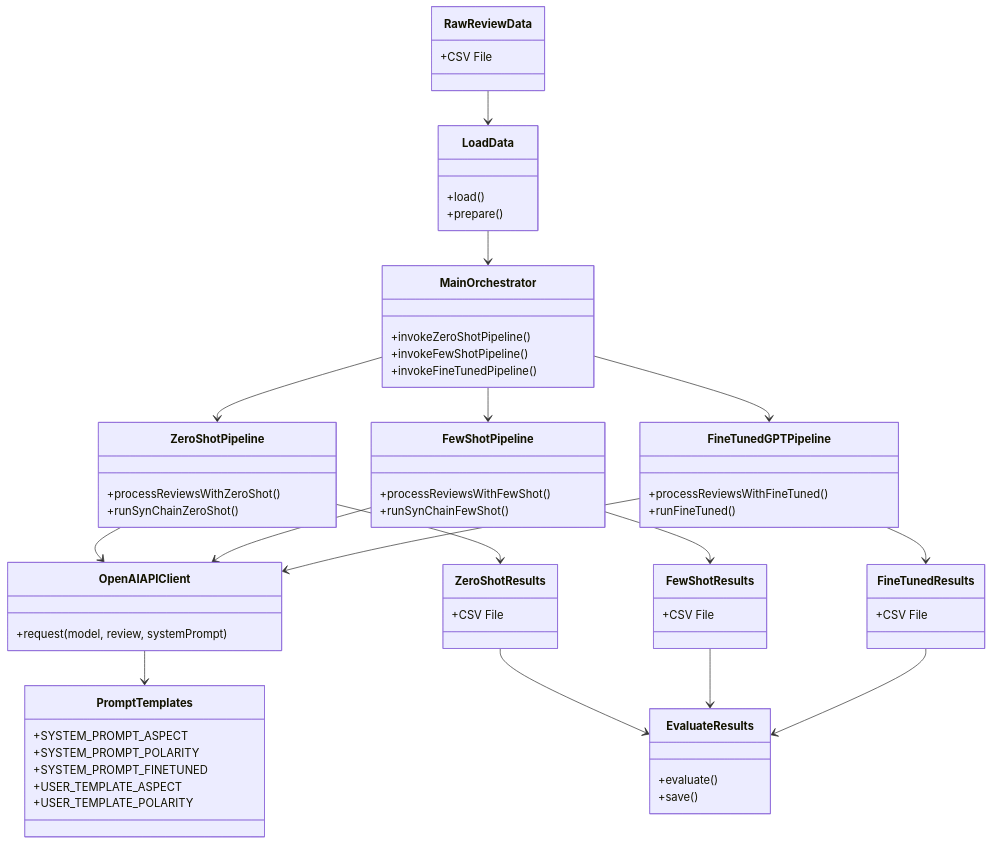
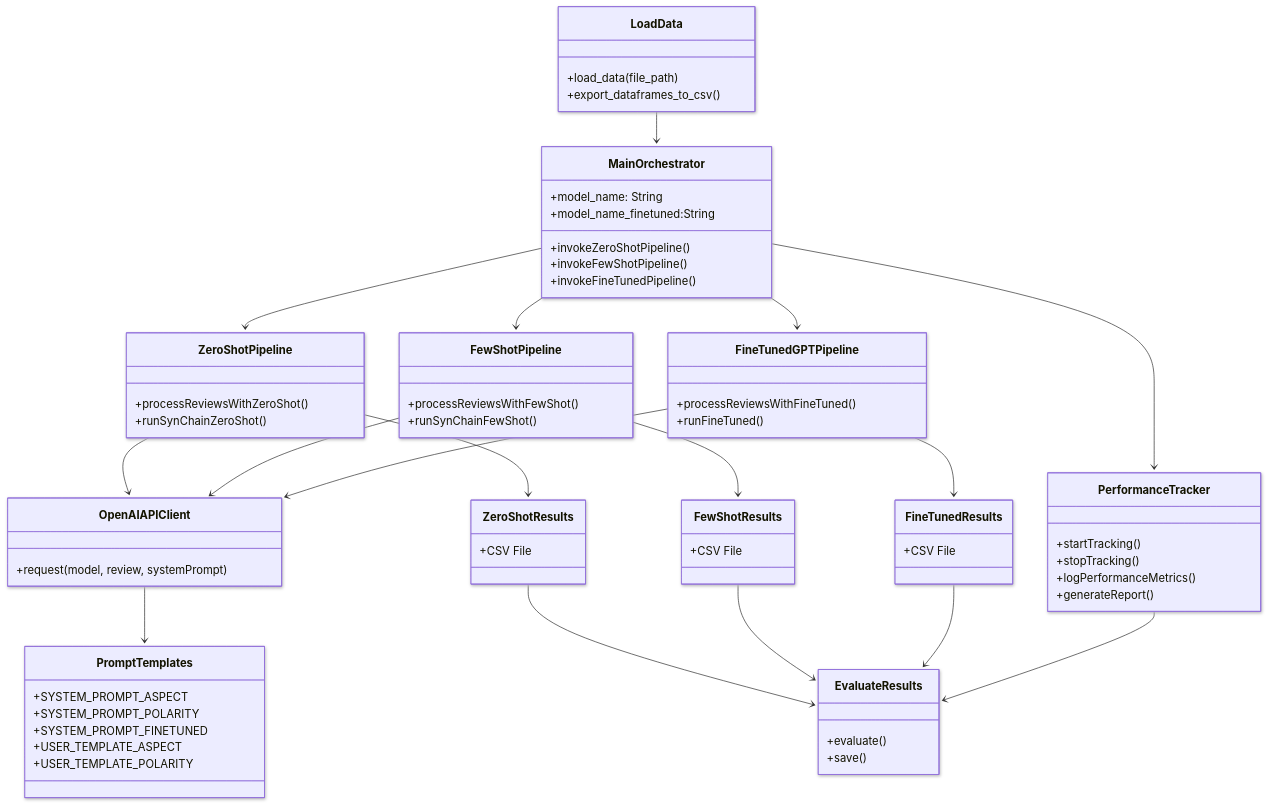
The diagram in project_files/classDiagram.mmd (DominikMoreira/dw082-ba-ss25), drawn with Mermaid before and after one commit.

```diff
--- a/project_files/classDiagram.mmd
+++ b/project_files/classDiagram.mmd
@@ -1,75 +1,76 @@
+---
+config:
+  look: neo
+---
 classDiagram
-    class RawReviewData {
-        +CSV File
+direction TB
+    class LoadData {
+	    +load_data(file_path)
+	    +export_dataframes_to_csv()
+    }
+    class MainOrchestrator {
+	    +model_name: String
+        +model_name_finetuned:String
+	    +invokeZeroShotPipeline()
+	    +invokeFewShotPipeline()
+	    +invokeFineTunedPipeline()
+    }
+    class ZeroShotPipeline {
+	    +processReviewsWithZeroShot()
+	    +runSynChainZeroShot()
+    }
+    class FewShotPipeline {
+	    +processReviewsWithFewShot()
+	    +runSynChainFewShot()
+    }
+    class FineTunedGPTPipeline {
+	    +processReviewsWithFineTuned()
+	    +runFineTuned()
+    }
+    class OpenAIAPIClient {
+	    +request(model, review, systemPrompt)
+    }
+    class PromptTemplates {
+	    +SYSTEM_PROMPT_ASPECT
+	    +SYSTEM_PROMPT_POLARITY
+	    +SYSTEM_PROMPT_FINETUNED
+	    +USER_TEMPLATE_ASPECT
+	    +USER_TEMPLATE_POLARITY
+    }
+    class EvaluateResults {
+	    +evaluate()
+	    +save()
+    }
+    class ZeroShotResults {
+	    +CSV File
+    }
+    class FewShotResults {
+	    +CSV File
+    }
+    class FineTunedResults {
+	    +CSV File
     }
 
-    class LoadData {
-        +load()
-        +prepare()
+    class PerformanceTracker {
+        +startTracking()
+        +stopTracking()
+        +logPerformanceMetrics()
+        +generateReport()
     }
 
-    class MainOrchestrator {
-        +invokeZeroShotPipeline()
-        +invokeFewShotPipeline()
-        +invokeFineTunedPipeline()
-    }
-
-    class ZeroShotPipeline {
-        +processReviewsWithZeroShot()
-        +runSynChainZeroShot()
-    }
-
-    class FewShotPipeline {
-        +processReviewsWithFewShot()
-        +runSynChainFewShot()
-    }
-
-    class FineTunedGPTPipeline {
-        +processReviewsWithFineTuned()
-        +runFineTuned()
-    }
-
-    class OpenAIAPIClient {
-        +request(model, review, systemPrompt)
-    }
-
-    class PromptTemplates {
-        +SYSTEM_PROMPT_ASPECT
-        +SYSTEM_PROMPT_POLARITY
-        +SYSTEM_PROMPT_FINETUNED
-        +USER_TEMPLATE_ASPECT
-        +USER_TEMPLATE_POLARITY
-    }
-
-    class EvaluateResults {
-        +evaluate()
-        +save()
-    }
-
-    class ZeroShotResults {
-        +CSV File
-    }
-
-    class FewShotResults {
-        +CSV File
-    }
-
-    class FineTunedResults {
-        +CSV File
-    }
-
-    RawReviewData --> LoadData
     LoadData --> MainOrchestrator
     MainOrchestrator --> ZeroShotPipeline
     MainOrchestrator --> FewShotPipeline
     MainOrchestrator --> FineTunedGPTPipeline
     ZeroShotPipeline --> OpenAIAPIClient
-    FewShotPipeline --> OpenAIAPIClient
+     FewShotPipeline --> OpenAIAPIClient
     FineTunedGPTPipeline --> OpenAIAPIClient
     OpenAIAPIClient --> PromptTemplates
     ZeroShotPipeline --> ZeroShotResults
     FewShotPipeline --> FewShotResults
     FineTunedGPTPipeline --> FineTunedResults
     ZeroShotResults --> EvaluateResults
     FewShotResults --> EvaluateResults
     FineTunedResults --> EvaluateResults
+    MainOrchestrator --> PerformanceTracker
+    PerformanceTracker --> EvaluateResults
```
